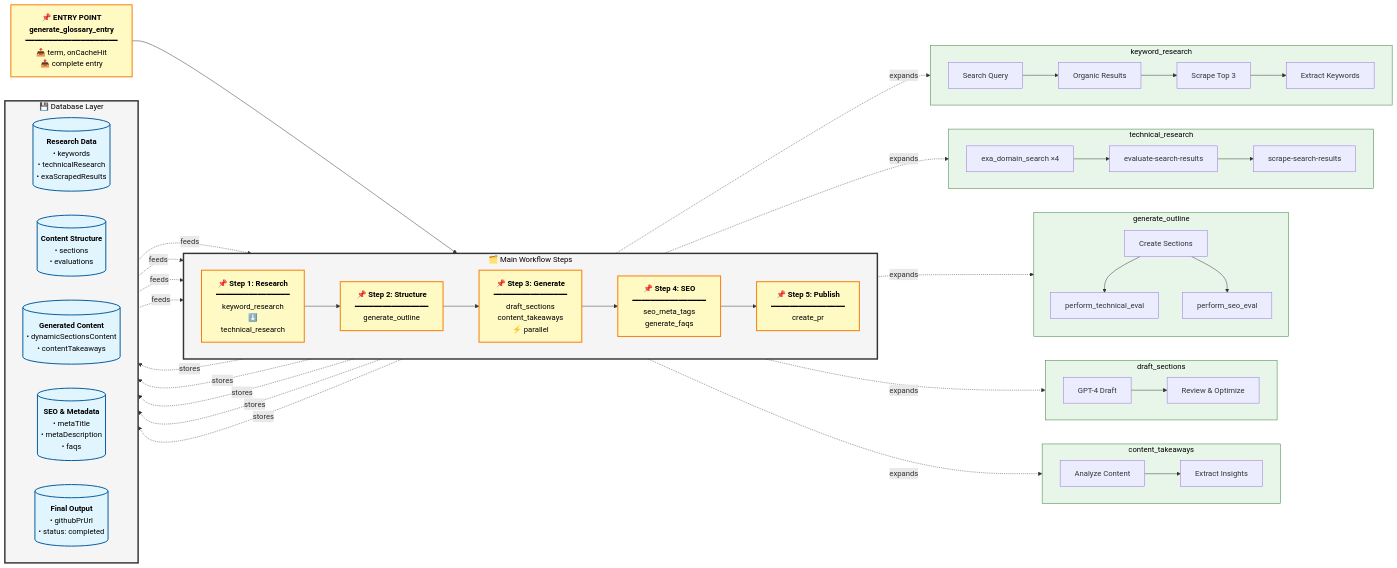
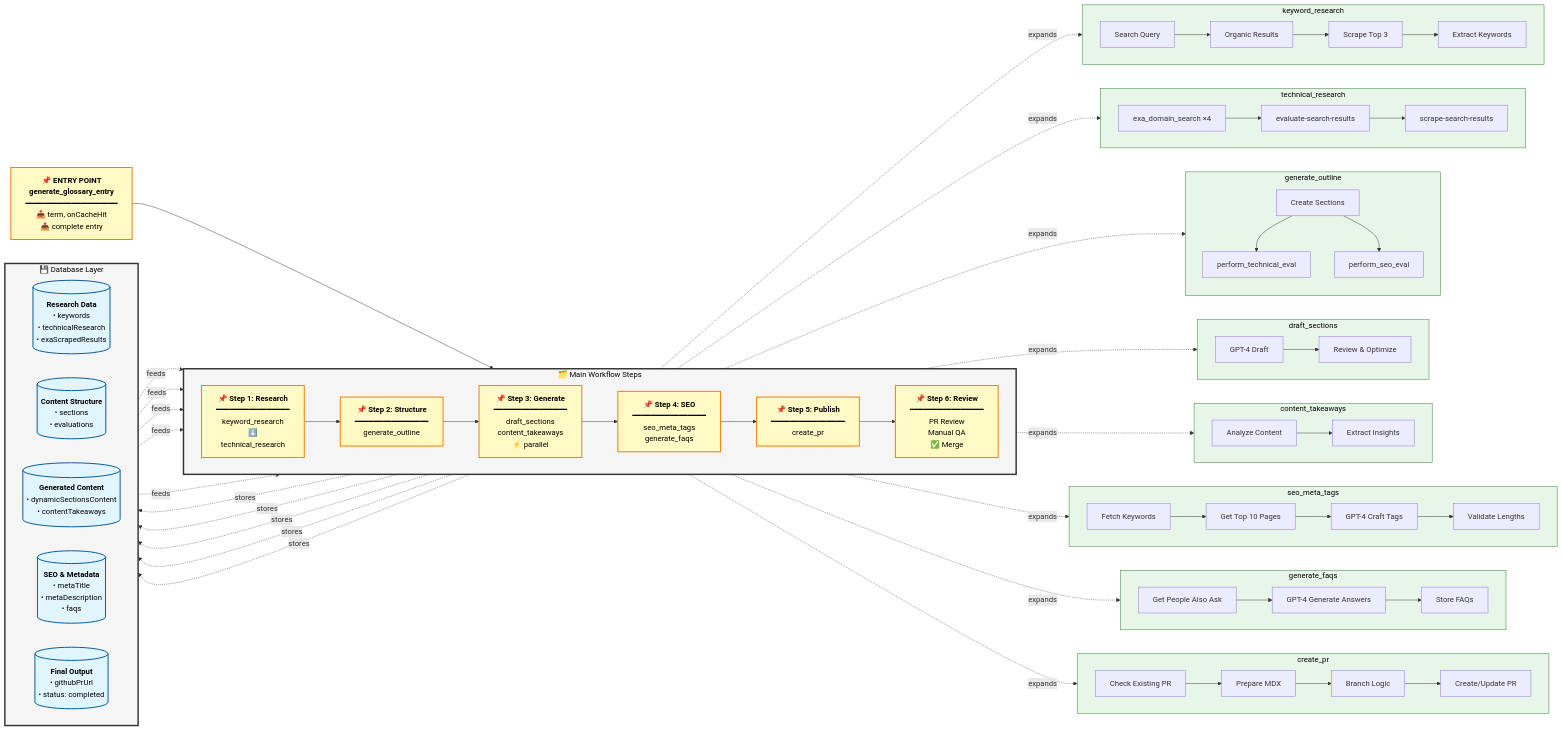
One commit to unkeyed/marketing changed the diagram in apps/generator /readme.md. Above: the diagram before and after it, drawn with Mermaid.

Commit message:
good mermaid diagram

````diff
--- a/apps/generator /readme.md
+++ b/apps/generator /readme.md
@@ -225,7 +225,14 @@
         ━━━━━━━━━━━━━━━━
         create_pr`"]
         
-        S1 --> S2 --> S3 --> S4 --> S5
+        %% Step 6: Review
+        S6["`📌 **Step 6: Review**
+        ━━━━━━━━━━━━━━━━
+        PR Review
+        Manual QA
+        ✅ Merge`"]
+        
+        S1 --> S2 --> S3 --> S4 --> S5 --> S6
     end
 
     %% Sub-steps for each main step
@@ -267,6 +274,32 @@
         CT2[Extract Insights]
         CT1 --> CT2
     end
+    
+    subgraph SUB6["seo_meta_tags"]
+        direction LR
+        SEO1[Fetch Keywords]
+        SEO2[Get Top 10 Pages]
+        SEO3[GPT-4 Craft Tags]
+        SEO4[Validate Lengths]
+        SEO1 --> SEO2 --> SEO3 --> SEO4
+    end
+    
+    subgraph SUB7["generate_faqs"]
+        direction LR
+        FAQ1[Get People Also Ask]
+        FAQ2[GPT-4 Generate Answers]
+        FAQ3[Store FAQs]
+        FAQ1 --> FAQ2 --> FAQ3
+    end
+    
+    subgraph SUB8["create_pr"]
+        direction LR
+        PR1[Check Existing PR]
+        PR2[Prepare MDX]
+        PR3[Branch Logic]
+        PR4[Create/Update PR]
+        PR1 --> PR2 --> PR3 --> PR4
+    end
 
     %% Database Layer
     subgraph DATABASE["💾 Database Layer"]
@@ -304,6 +337,9 @@
     S2 -.->|expands| SUB3
     S3 -.->|expands| SUB4
     S3 -.->|expands| SUB5
+    S4 -.->|expands| SUB6
+    S4 -.->|expands| SUB7
+    S5 -.->|expands| SUB8
     
     %% Workflow to Database connections
     S1 -.->|"stores"| DB_RESEARCH
@@ -317,10 +353,11 @@
     DB_STRUCTURE -.->|"feeds"| S3
     DB_CONTENT -.->|"feeds"| S4
     DB_META -.->|"feeds"| S5
+    DB_FINAL -.->|"feeds"| S6
     
     %% Styles
     classDef stickyNote fill:#fff9c4,stroke:#f57c00,stroke-width:2px,color:#000
-    class ENTRY,S1,S2,S3,S4,S5 stickyNote
+    class ENTRY,S1,S2,S3,S4,S5,S6 stickyNote
     
     classDef database fill:#e1f5fe,stroke:#01579b,stroke-width:2px,color:#000
     class DB_RESEARCH,DB_STRUCTURE,DB_CONTENT,DB_META,DB_FINAL database
@@ -329,6 +366,6 @@
     class WORKFLOW,DATABASE container
     
     classDef substep fill:#e8f5e9,stroke:#2e7d32,stroke-width:1px,color:#000
-    class SUB1,SUB2,SUB3,SUB4,SUB5 substep
+    class SUB1,SUB2,SUB3,SUB4,SUB5,SUB6,SUB7,SUB8 substep
 
 ```
````
